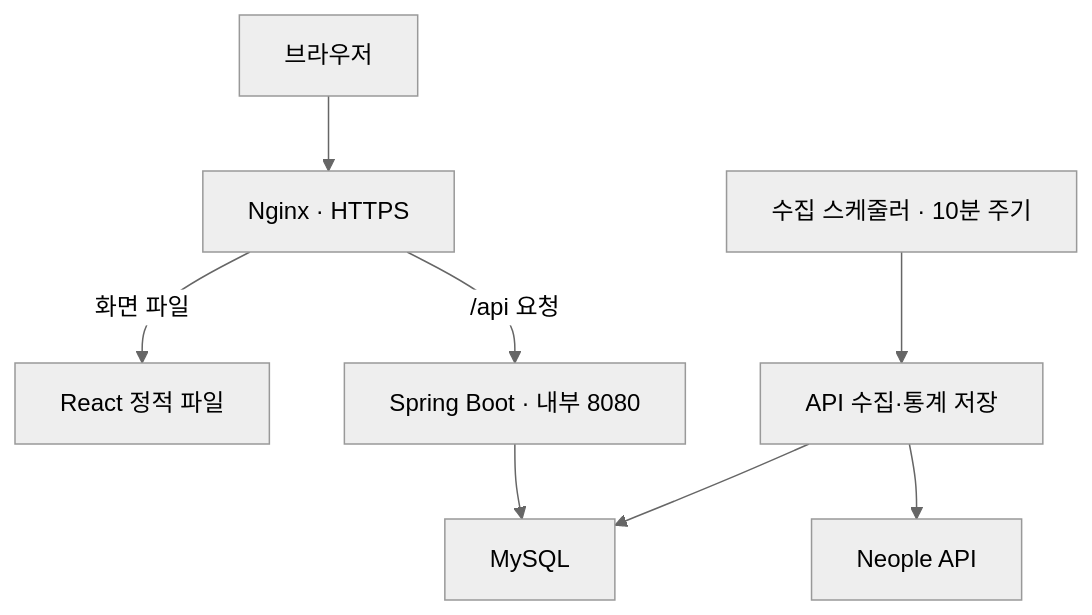
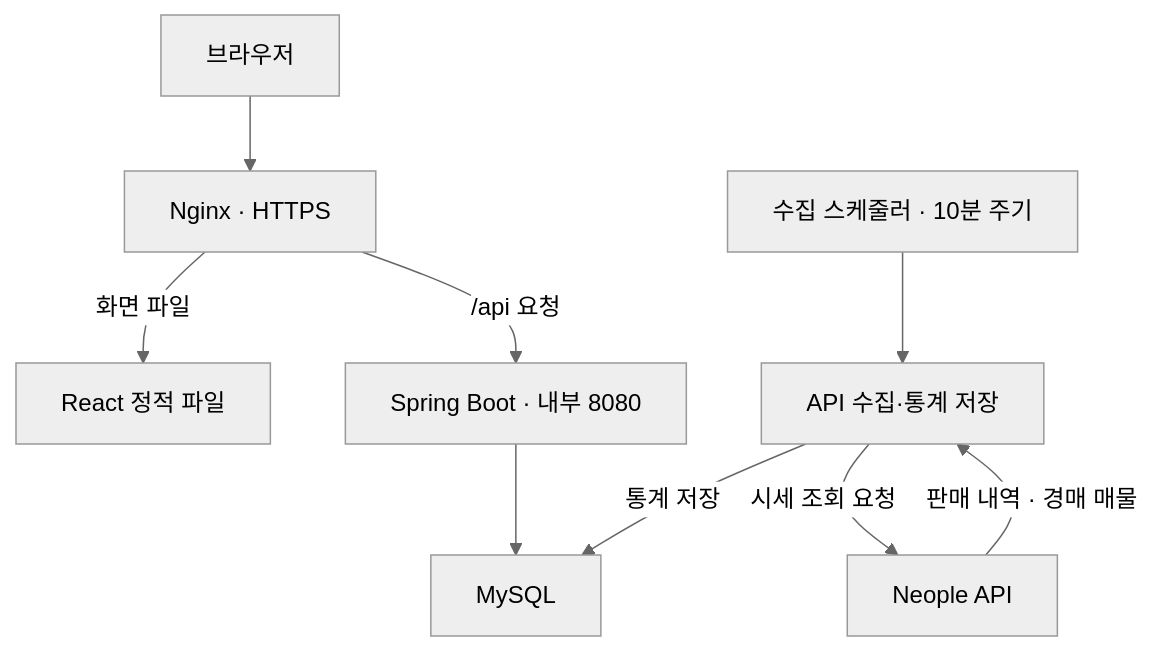
Before and after one commit to kdyddd/duntalk: the diagram in README.md, drawn with Mermaid (neutral theme).

Commit message:
docs: 프로젝트 README 수정

````diff
--- a/README.md
+++ b/README.md
@@ -38,10 +38,11 @@
 ```mermaid
 flowchart TB
     B["브라우저"] --> N["Nginx · HTTPS"]
     N -->|화면 파일| F["React 정적 파일"]
     N -->|/api 요청| A["Spring Boot · 내부 8080"]
     A --> D["MySQL"]
     S["수집 스케줄러 · 10분 주기"] --> C["API 수집·통계 저장"]
-    C --> E["Neople API"]
-    C --> D
+    C -->|"시세 조회 요청"| E["Neople API"]
+    E -->|"판매 내역 · 경매 매물"| C
+    C -->|"통계 저장"| D
 ```
````
